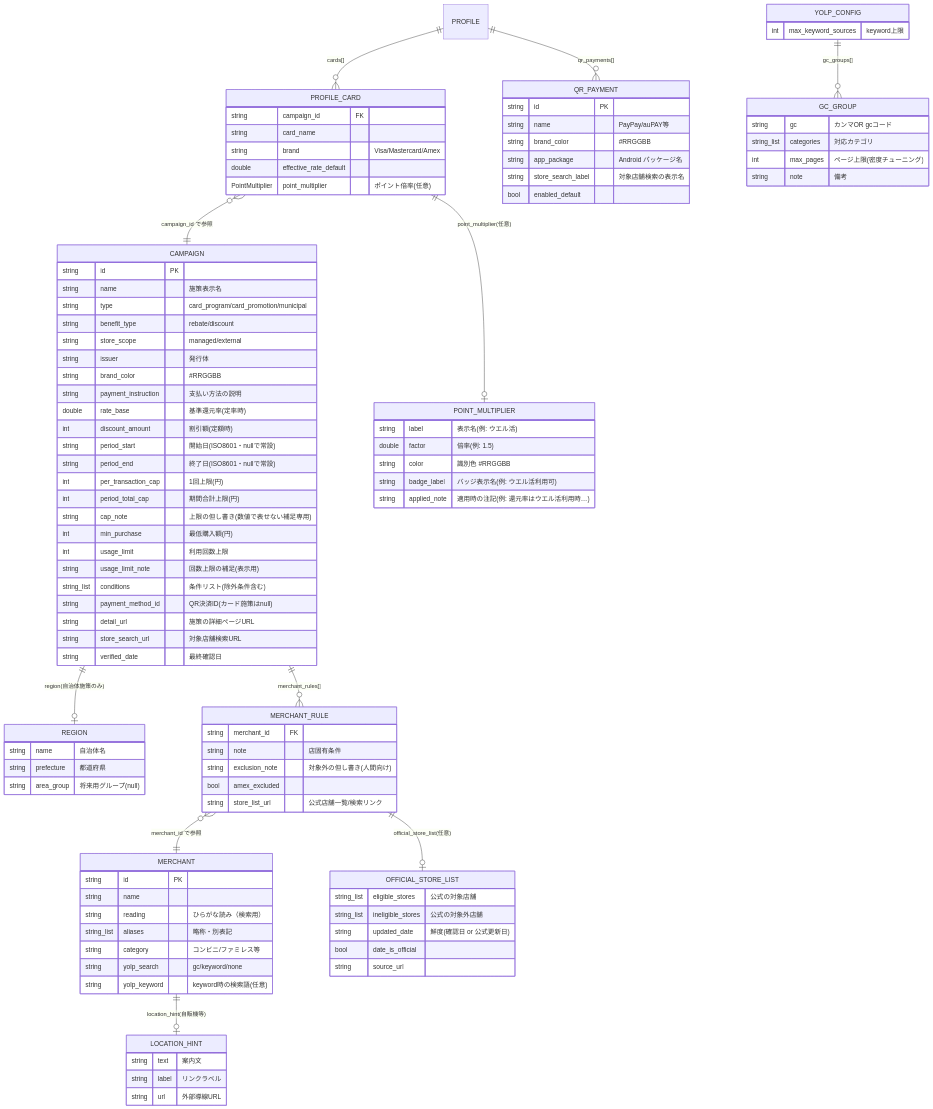
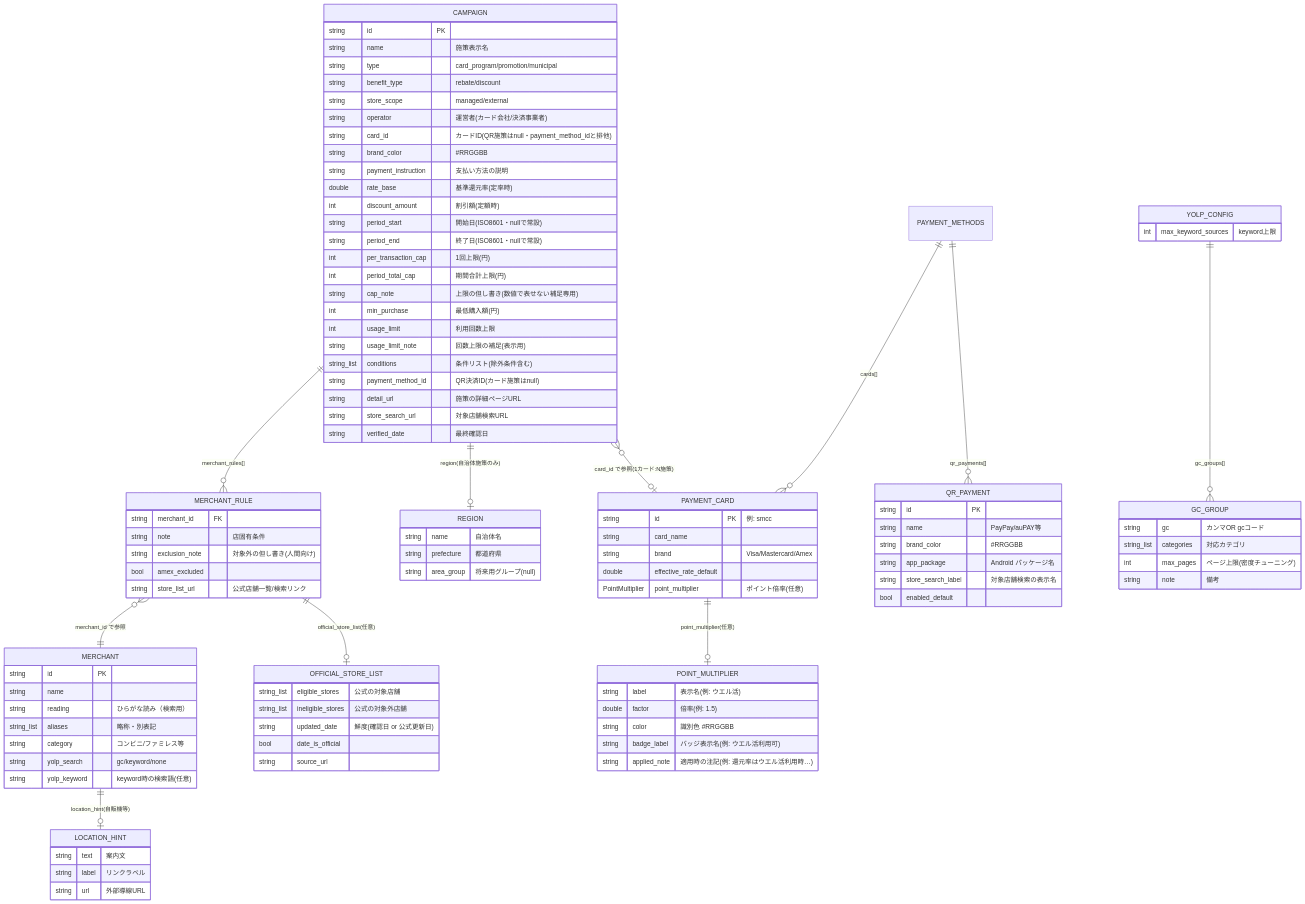
One commit to ktakjm/poikatsu changed the second of 6 diagrams in docs/code-guide.md. Above: the diagram before and after it, drawn with Mermaid. The commit also changed other lines of this file and 18 other files, not shown here.

First line of the commit message:
refactor: S-in 前リネーム: カード id 独立・payment_methods.json 化・type/issuer 整理 (#34)

````diff
--- a/docs/code-guide.md
+++ b/docs/code-guide.md
@@ -147,10 +147,11 @@
     CAMPAIGN {
         string id PK
         string name "施策表示名"
-        string type "card_program/card_promotion/municipal"
+        string type "card_program/promotion/municipal"
         string benefit_type "rebate/discount"
         string store_scope "managed/external"
-        string issuer "発行体"
+        string operator "運営者(カード会社/決済事業者)"
+        string card_id "カードID(QR施策はnull・payment_method_idと排他)"
         string brand_color "#RRGGBB"
         string payment_instruction "支払い方法の説明"
         double rate_base "基準還元率(定率時)"
@@ -188,10 +189,10 @@
         bool date_is_official
         string source_url
     }
-    PROFILE {
+    PAYMENT_METHODS {
     }
-    PROFILE_CARD {
-        string campaign_id FK
+    PAYMENT_CARD {
+        string id PK "例: smcc"
         string card_name
         string brand "Visa/Mastercard/Amex"
         double effective_rate_default
@@ -221,14 +222,14 @@
         int max_pages "ページ上限(密度チューニング)"
         string note "備考"
     }
-    PROFILE ||--o{ PROFILE_CARD : "cards[]"
-    PROFILE ||--o{ QR_PAYMENT : "qr_payments[]"
+    PAYMENT_METHODS ||--o{ PAYMENT_CARD : "cards[]"
+    PAYMENT_METHODS ||--o{ QR_PAYMENT : "qr_payments[]"
     CAMPAIGN ||--o{ MERCHANT_RULE : "merchant_rules[]"
     CAMPAIGN ||--o| REGION : "region(自治体施策のみ)"
     MERCHANT ||--o| LOCATION_HINT : "location_hint(自販機等)"
     MERCHANT_RULE }o--|| MERCHANT : "merchant_id で参照"
     MERCHANT_RULE ||--o| OFFICIAL_STORE_LIST : "official_store_list(任意)"
-    PROFILE_CARD }o--|| CAMPAIGN : "campaign_id で参照"
-    PROFILE_CARD ||--o| POINT_MULTIPLIER : "point_multiplier(任意)"
+    CAMPAIGN }o--o| PAYMENT_CARD : "card_id で参照(1カード:N施策)"
+    PAYMENT_CARD ||--o| POINT_MULTIPLIER : "point_multiplier(任意)"
     YOLP_CONFIG ||--o{ GC_GROUP : "gc_groups[]"
 ```
````
